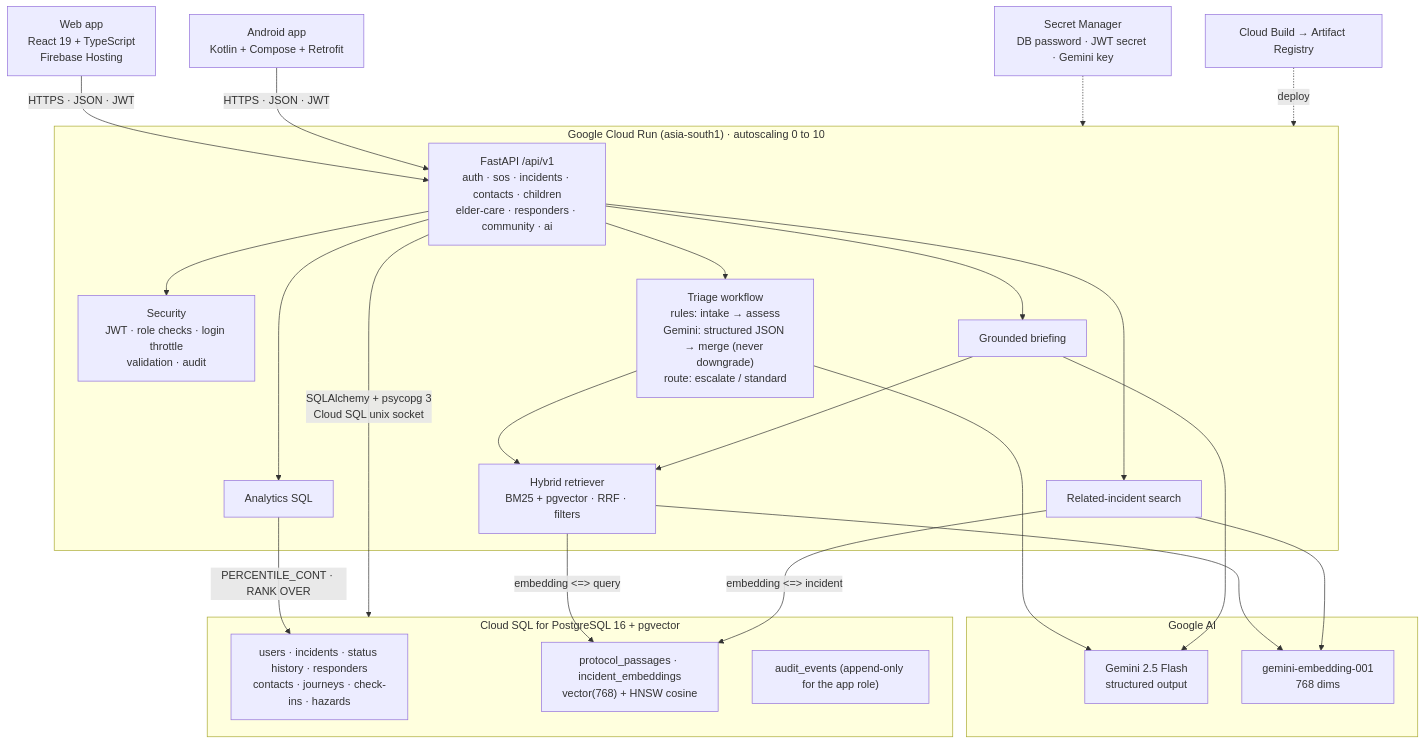
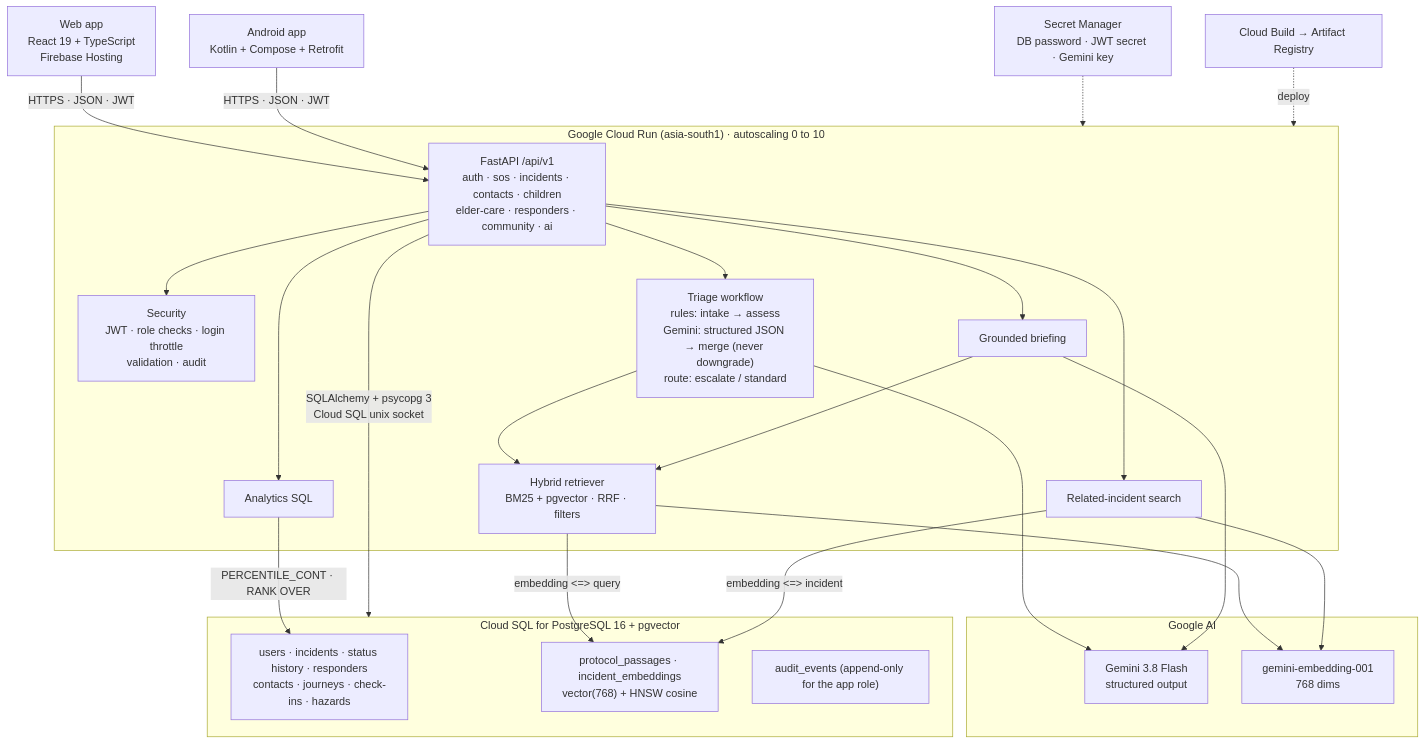
Before and after one commit to YagnikSharma/Task_Force_141_Google_Startup_Buildathon_India_2026: the diagram in architecture.md, drawn with Mermaid. The commit also changed 23 other files, not shown here.

````diff
--- a/architecture.md
+++ b/architecture.md
@@ -13,40 +13,40 @@
 ```mermaid
 graph TD
     Web["Web app<br/>React 19 + TypeScript<br/>Firebase Hosting"] -->|"HTTPS · JSON · JWT"| API
     Android["Android app<br/>Kotlin + Compose + Retrofit"] -->|"HTTPS · JSON · JWT"| API
 
     subgraph Run["Google Cloud Run (asia-south1) · autoscaling 0 to 10"]
         API["FastAPI /api/v1<br/>auth · sos · incidents · contacts · children<br/>elder-care · responders · community · ai"]
         SEC["Security<br/>JWT · role checks · login throttle<br/>validation · audit"]
         TRI["Triage workflow<br/>rules: intake → assess<br/>Gemini: structured JSON → merge (never downgrade)<br/>route: escalate / standard"]
         RET["Hybrid retriever<br/>BM25 + pgvector · RRF · filters"]
         VEC["Related-incident search"]
         BRF["Grounded briefing"]
         ANA["Analytics SQL"]
         API --> SEC & TRI & VEC & ANA
         TRI --> RET
         API --> BRF --> RET
     end
 
     subgraph GAI["Google AI"]
-        GEM["Gemini 2.5 Flash<br/>structured output"]
+        GEM["Gemini 3.8 Flash<br/>structured output"]
         EMB["gemini-embedding-001<br/>768 dims"]
     end
     TRI --> GEM
     BRF --> GEM
     RET --> EMB
     VEC --> EMB
 
     subgraph SQL["Cloud SQL for PostgreSQL 16 + pgvector"]
         T1["users · incidents · status history · responders<br/>contacts · journeys · check-ins · hazards"]
         T2["protocol_passages · incident_embeddings<br/>vector(768) + HNSW cosine"]
         T3["audit_events (append-only for the app role)"]
     end
     API -->|"SQLAlchemy + psycopg 3<br/>Cloud SQL unix socket"| SQL
     RET -->|"embedding <=> query"| T2
     VEC -->|"embedding <=> incident"| T2
     ANA -->|"PERCENTILE_CONT · RANK OVER"| T1
 
     SM["Secret Manager<br/>DB password · JWT secret · Gemini key"] -.-> Run
     CB["Cloud Build → Artifact Registry"] -.->|"deploy"| Run
 ```
````
